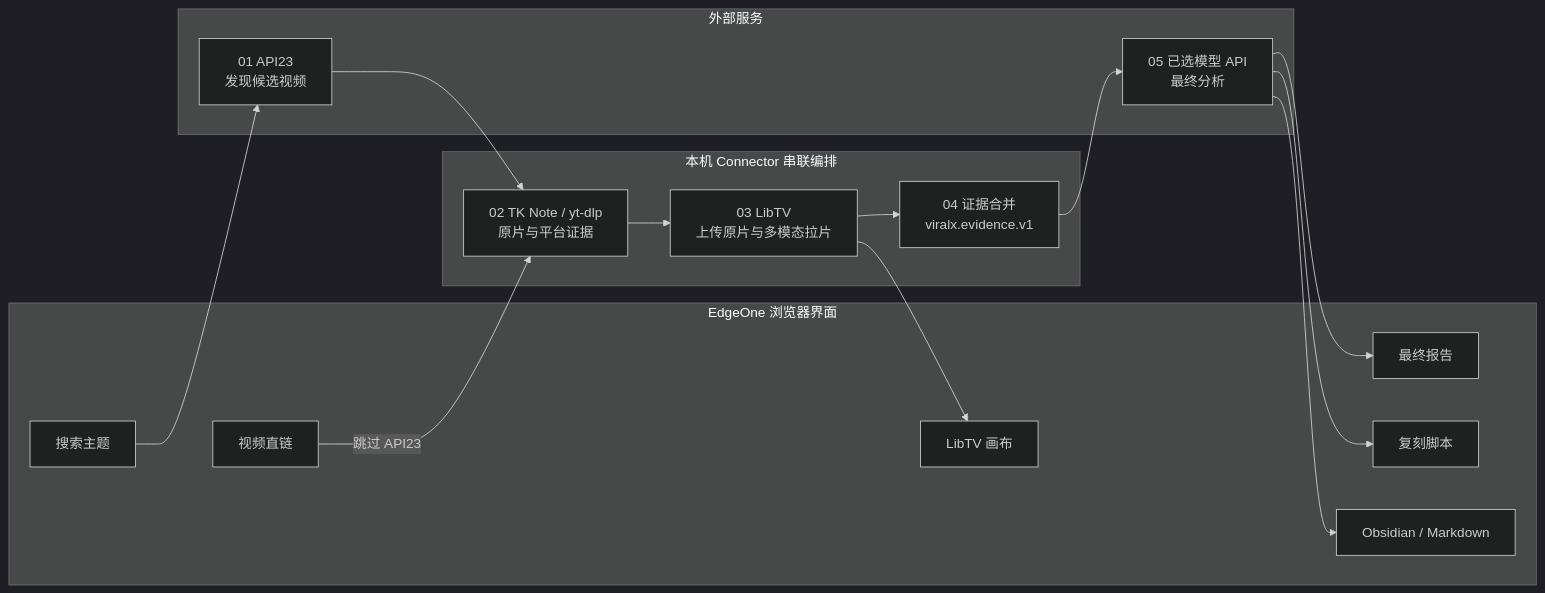
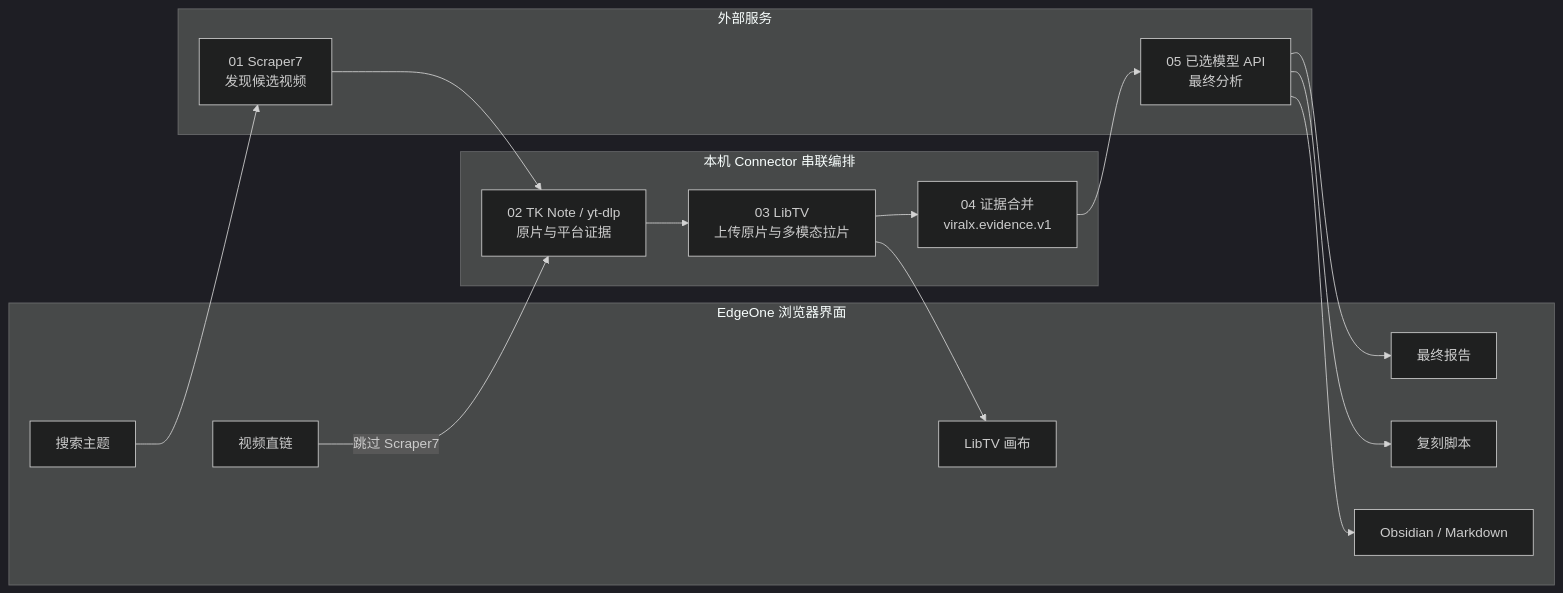
Before and after one commit to chongchonghaoman/ViralX: the diagram in docs/assets/viralx-workflow.mmd, drawn with Mermaid (dark theme). The commit also changed 20 other files, not shown here.

```diff
--- a/docs/assets/viralx-workflow.mmd
+++ b/docs/assets/viralx-workflow.mmd
@@ -1,31 +1,31 @@
 flowchart LR
-    K[搜索主题] --> A[01 API23<br/>发现候选视频]
-    U[视频直链] -->|跳过 API23| T
+    K[搜索主题] --> A[01 Scraper7<br/>发现候选视频]
+    U[视频直链] -->|跳过 Scraper7| T
     A --> T[02 TK Note / yt-dlp<br/>原片与平台证据]
     T --> L[03 LibTV<br/>上传原片与多模态拉片]
     L --> E[04 证据合并<br/>viralx.evidence.v1]
     E --> M[05 已选模型 API<br/>最终分析]
     M --> R[最终报告]
     M --> S[复刻脚本]
     M --> O[Obsidian / Markdown]
     L --> C[LibTV 画布]
 
     subgraph Browser[EdgeOne 浏览器界面]
         K
         U
         R
         S
         O
         C
     end
 
     subgraph Connector[本机 Connector 串联编排]
         T
         L
         E
     end
 
     subgraph Services[外部服务]
         A
         M
     end
```
